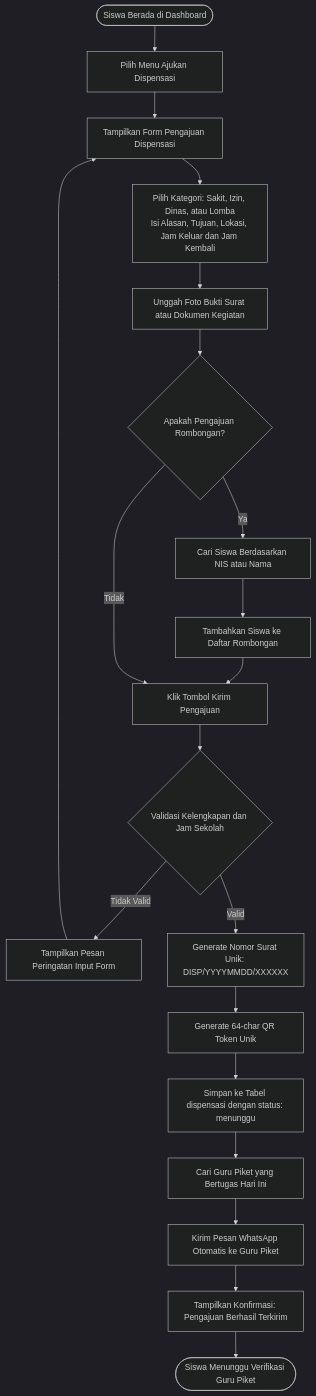
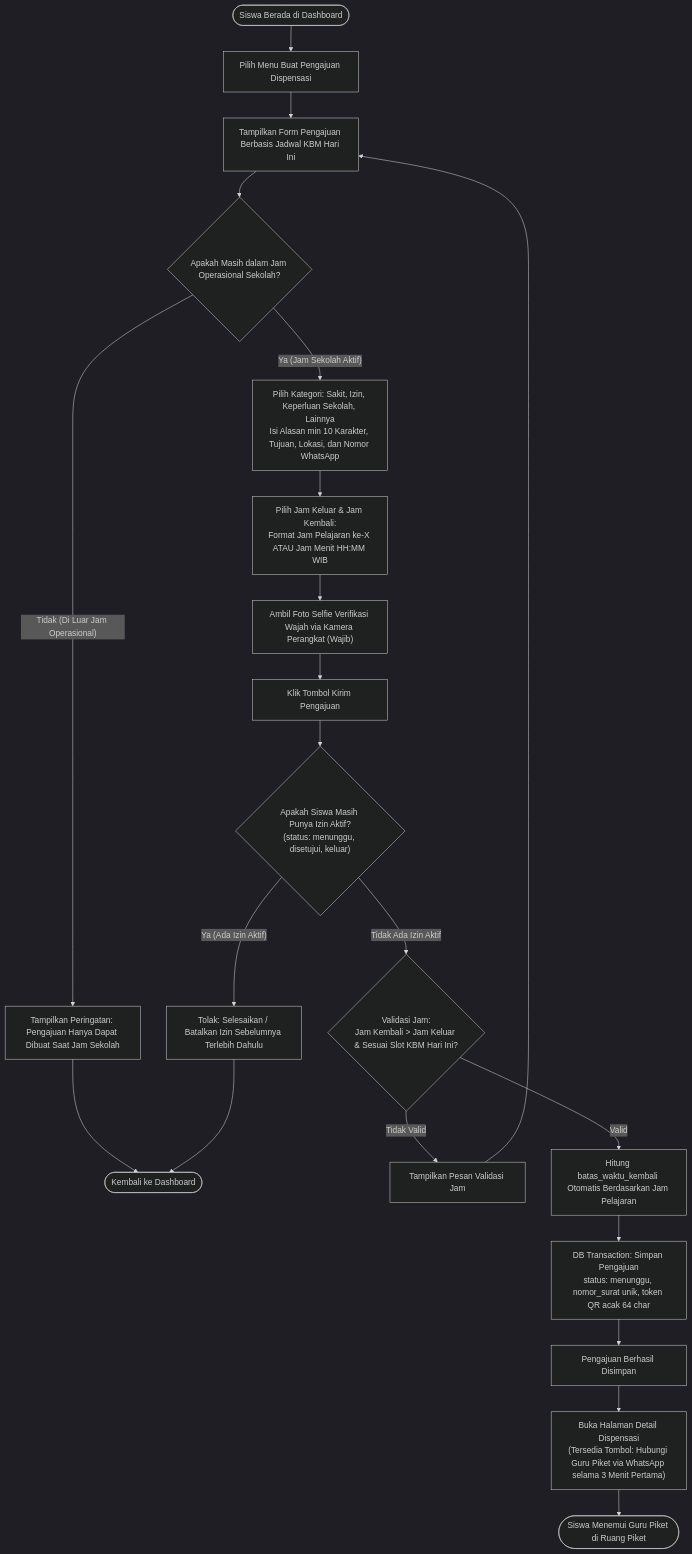
Before and after one commit to Zainal29/Didispen: the second of 7 diagrams in FLOWCHART.MD, drawn with Mermaid (dark theme). The commit also changed other lines of this file and 3 other files, not shown here.

Commit message:
feat : perbarui README & FLOWCHART & ERD & SCRUM

````diff
--- a/FLOWCHART.MD
+++ b/FLOWCHART.MD
@@ -87,27 +87,30 @@
 ```mermaid
 flowchart TD
-    StartSiswa(["Siswa Berada di Dashboard"]) --> ClickAjukan["Pilih Menu Ajukan Dispensasi"]
-    ClickAjukan --> FormDispen["Tampilkan Form Pengajuan Dispensasi"]
+    StartSiswa(["Siswa Berada di Dashboard"]) --> ClickAjukan["Pilih Menu Buat Pengajuan Dispensasi"]
+    ClickAjukan --> FormDispen["Tampilkan Form Pengajuan Berbasis Jadwal KBM Hari Ini"]
     
-    FormDispen --> InputData["Pilih Kategori: Sakit, Izin, Dinas, atau Lomba<br/>Isi Alasan, Tujuan, Lokasi, Jam Keluar dan Jam Kembali"]
-    InputData --> UploadBukti["Unggah Foto Bukti Surat atau Dokumen Kegiatan"]
+    FormDispen --> CheckTimeOp{"Apakah Masih dalam Jam Operasional Sekolah?"}
+    CheckTimeOp -- "Tidak (Di Luar Jam Operasional)" --> AlertTime["Tampilkan Peringatan: Pengajuan Hanya Dapat Dibuat Saat Jam Sekolah"]
+    AlertTime --> DashSiswa(["Kembali ke Dashboard"])
     
-    UploadBukti --> CheckRombongan{"Apakah Pengajuan Rombongan?"}
-    CheckRombongan -- "Ya" --> SearchAnggota["Cari Siswa Berdasarkan NIS atau Nama"]
-    SearchAnggota --> AddAnggota["Tambahkan Siswa ke Daftar Rombongan"]
-    AddAnggota --> SubmitForm["Klik Tombol Kirim Pengajuan"]
-    CheckRombongan -- "Tidak" --> SubmitForm
+    CheckTimeOp -- "Ya (Jam Sekolah Aktif)" --> InputData["Pilih Kategori: Sakit, Izin, Keperluan Sekolah, Lainnya<br/>Isi Alasan min 10 Karakter, Tujuan, Lokasi, dan Nomor WhatsApp"]
+    InputData --> SelectJam["Pilih Jam Keluar & Jam Kembali:<br/>Format Jam Pelajaran ke-X ATAU Jam Menit HH:MM WIB"]
+    SelectJam --> SnapSelfie["Ambil Foto Selfie Verifikasi Wajah via Kamera Perangkat (Wajib)"]
+    
+    SnapSelfie --> SubmitForm["Klik Tombol Kirim Pengajuan"]
 
-    SubmitForm --> ValidateInput{"Validasi Kelengkapan dan Jam Sekolah"}
-    ValidateInput -- "Tidak Valid" --> ShowFormError["Tampilkan Pesan Peringatan Input Form"]
-    ShowFormError --> FormDispen
+    SubmitForm --> ConcurrencyCheck{"Apakah Siswa Masih Punya Izin Aktif?<br/>(status: menunggu, disetujui, keluar)"}
+    ConcurrencyCheck -- "Ya (Ada Izin Aktif)" --> RejectDuplicate["Tolak: Selesaikan / Batalkan Izin Sebelumnya Terlebih Dahulu"]
+    RejectDuplicate --> DashSiswa
 
-    ValidateInput -- "Valid" --> GenerateNoSurat["Generate Nomor Surat Unik: DISP/YYYYMMDD/XXXXXX"]
-    GenerateNoSurat --> GenerateQRToken["Generate 64-char QR Token Unik"]
-    GenerateQRToken --> SaveDB["Simpan ke Tabel dispensasi dengan status: menunggu"]
+    ConcurrencyCheck -- "Tidak Ada Izin Aktif" --> ValidateSchedule{"Validasi Jam:<br/>Jam Kembali > Jam Keluar & Sesuai Slot KBM Hari Ini?"}
+    ValidateSchedule -- "Tidak Valid" --> ShowError["Tampilkan Pesan Validasi Jam"]
+    ShowError --> FormDispen
+
+    ValidateSchedule -- "Valid" --> CalcDeadline["Hitung batas_waktu_kembali Otomatis Berdasarkan Jam Pelajaran"]
+    CalcDeadline --> DBTrans["DB Transaction: Simpan Pengajuan<br/>status: menunggu, nomor_surat unik, token QR acak 64 char"]
     
-    SaveDB --> TriggerWA["Cari Guru Piket yang Bertugas Hari Ini"]
-    TriggerWA --> SendWANotif["Kirim Pesan WhatsApp Otomatis ke Guru Piket"]
-    SendWANotif --> StudentSuccess["Tampilkan Konfirmasi: Pengajuan Berhasil Terkirim"]
-    StudentSuccess --> EndSiswa(["Siswa Menunggu Verifikasi Guru Piket"])
+    DBTrans --> ShowSuccess["Pengajuan Berhasil Disimpan"]
+    ShowSuccess --> PopupHubungi["Buka Halaman Detail Dispensasi<br/>(Tersedia Tombol: Hubungi Guru Piket via WhatsApp selama 3 Menit Pertama)"]
+    PopupHubungi --> EndSiswa(["Siswa Menemui Guru Piket di Ruang Piket"])
 ```
````
